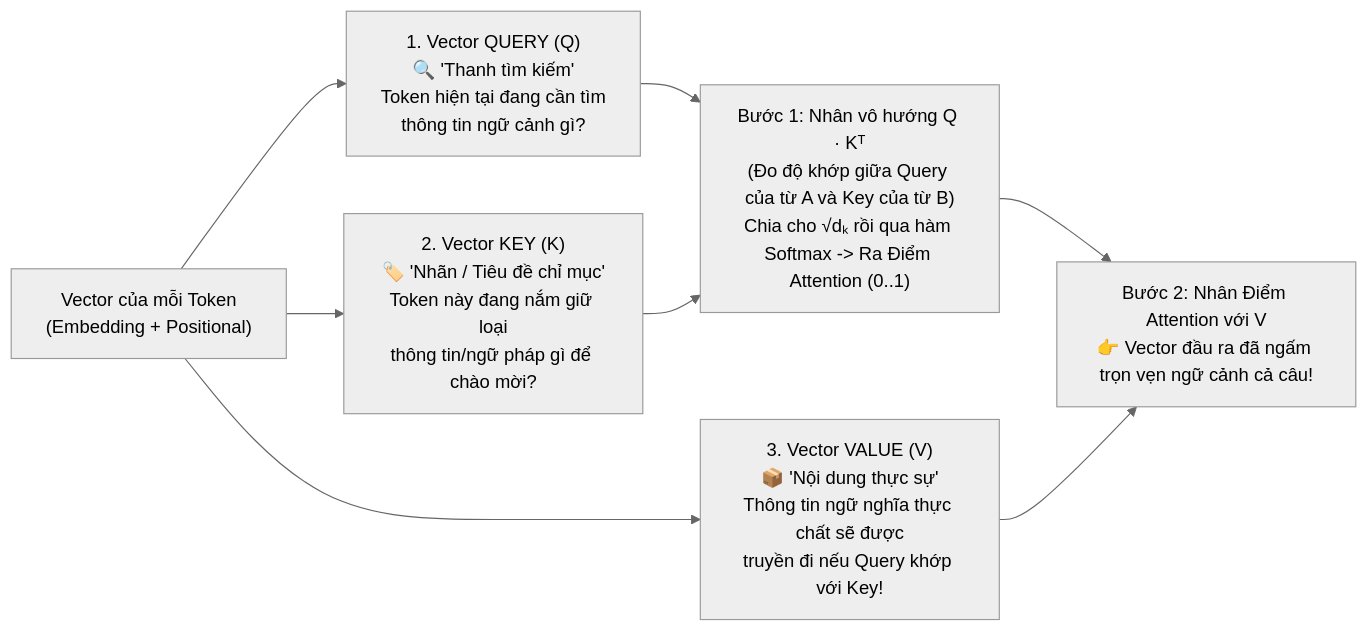
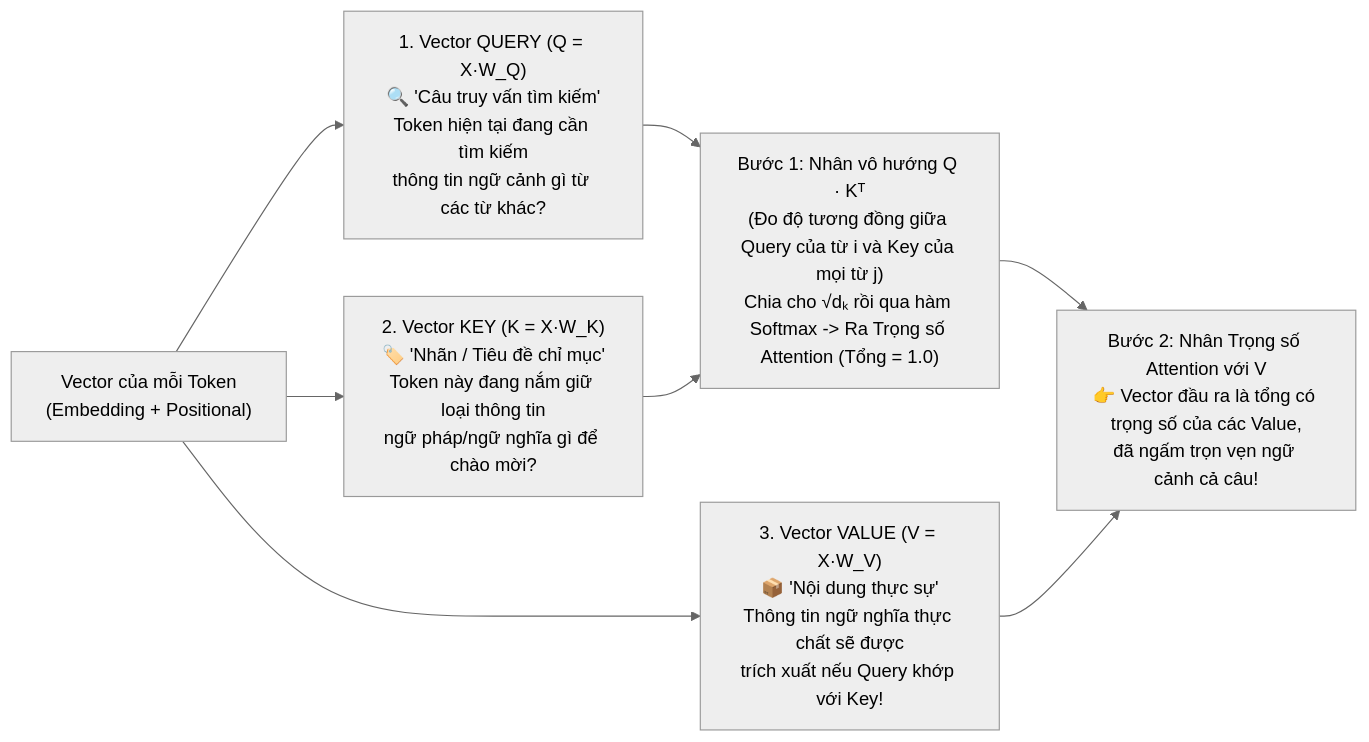
One commit to nxthanh2904/nca-genl changed the third of 5 diagrams in Module_04_Transformer_Architecture.md. Above: the diagram before and after it, drawn with Mermaid (neutral theme). The commit also changed other lines of this file and 11 other files, not shown here.

````diff
--- a/Module_04_Transformer_Architecture.md
+++ b/Module_04_Transformer_Architecture.md
@@ -77,18 +115,18 @@
 ```mermaid
 flowchart LR
     Token["Vector của mỗi Token<br/>(Embedding + Positional)"]
     
-    Q["1. Vector QUERY (Q)<br/>🔍 'Thanh tìm kiếm'<br/>Token hiện tại đang cần tìm<br/>thông tin ngữ cảnh gì?"]
+    Q["1. Vector QUERY (Q = X·W_Q)<br/>🔍 'Câu truy vấn tìm kiếm'<br/>Token hiện tại đang cần tìm kiếm<br/>thông tin ngữ cảnh gì từ các từ khác?"]
     
-    K["2. Vector KEY (K)<br/>🏷️ 'Nhãn / Tiêu đề chỉ mục'<br/>Token này đang nắm giữ loại<br/>thông tin/ngữ pháp gì để chào mời?"]
+    K["2. Vector KEY (K = X·W_K)<br/>🏷️ 'Nhãn / Tiêu đề chỉ mục'<br/>Token này đang nắm giữ loại thông tin<br/>ngữ pháp/ngữ nghĩa gì để chào mời?"]
     
-    V["3. Vector VALUE (V)<br/>📦 'Nội dung thực sự'<br/>Thông tin ngữ nghĩa thực chất sẽ được<br/>truyền đi nếu Query khớp với Key!"]
+    V["3. Vector VALUE (V = X·W_V)<br/>📦 'Nội dung thực sự'<br/>Thông tin ngữ nghĩa thực chất sẽ được<br/>trích xuất nếu Query khớp với Key!"]
 
-    Dot["Bước 1: Nhân vô hướng Q · Kᵀ<br/>(Đo độ khớp giữa Query của từ A và Key của từ B)<br/>Chia cho √dₖ rồi qua hàm Softmax -> Ra Điểm Attention (0..1)"]
+    Dot["Bước 1: Nhân vô hướng Q · Kᵀ<br/>(Đo độ tương đồng giữa Query của từ i và Key của mọi từ j)<br/>Chia cho √dₖ rồi qua hàm Softmax -> Ra Trọng số Attention (Tổng = 1.0)"]
     
-    Out["Bước 2: Nhân Điểm Attention với V<br/>👉 Vector đầu ra đã ngấm trọn vẹn ngữ cảnh cả câu!"]
+    Out["Bước 2: Nhân Trọng số Attention với V<br/>👉 Vector đầu ra là tổng có trọng số của các Value,<br/>đã ngấm trọn vẹn ngữ cảnh cả câu!"]
 
     Token --> Q & K & V
     Q & K --> Dot
     Dot & V --> Out
 ```
````
